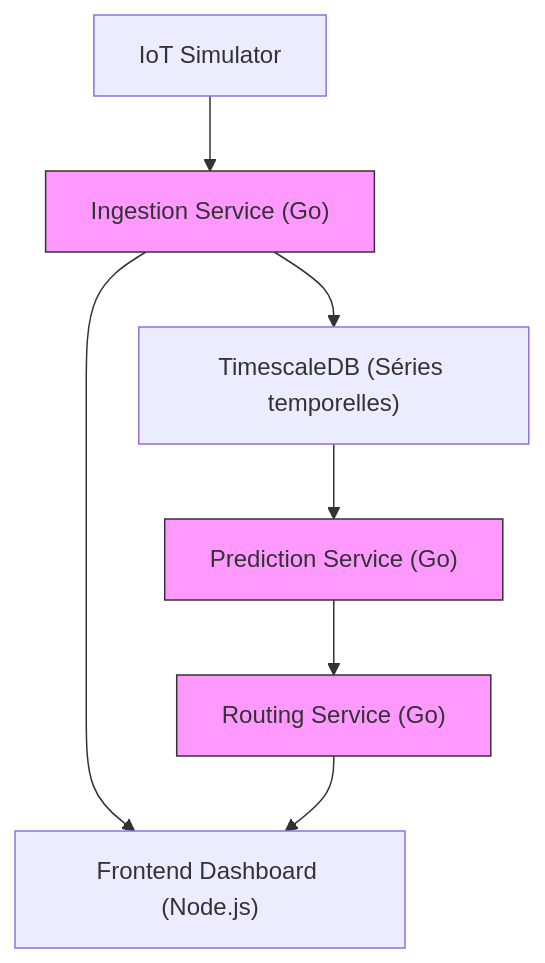
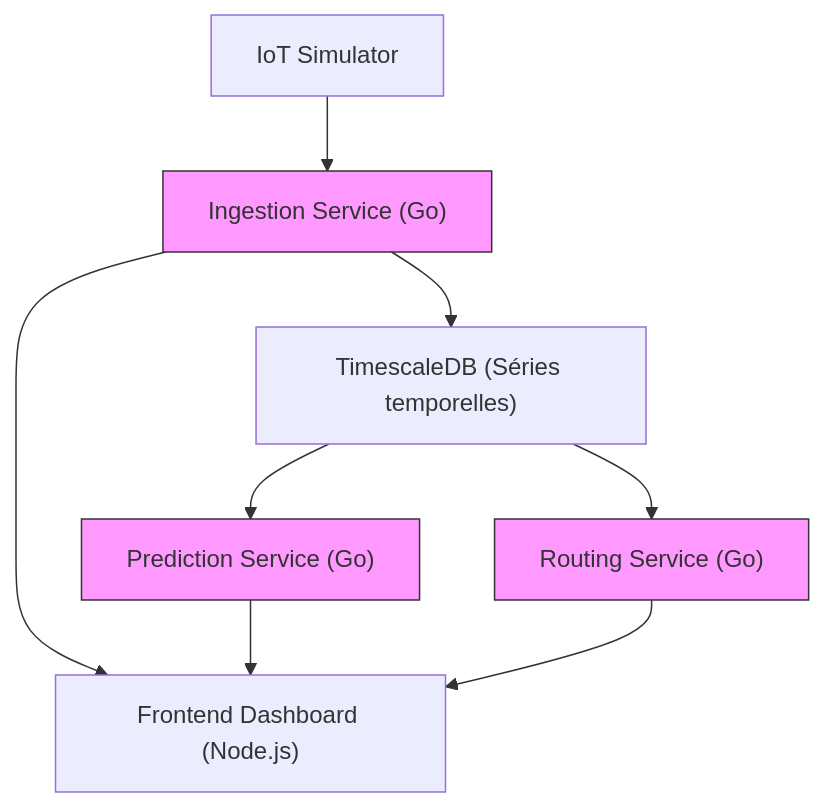
The first of 3 diagrams in docs/architecture.md (Jason-Ecole-IT/City-Flow-Analytics), drawn with Mermaid before and after one commit. The commit also changed other lines of this file and 3 other files, not shown here.

Commit message:
Update documentation for project architecture following project priorities realignement.

`````diff
--- a/docs/architecture.md
+++ b/docs/architecture.md
@@ -24,12 +24,13 @@
 ```mermaid
 flowchart TD
     IoT_Node["IoT Simulator"] --> Ingest["Ingestion Service (Go)"]
     Ingest --> DB_Node["TimescaleDB (Séries temporelles)"]
     Ingest --> Frontend["Frontend Dashboard (Node.js)"]
     DB_Node --> Predict["Prediction Service (Go)"]
-    Predict --> Routing["Routing Service (Go)"]
+    DB_Node --> Routing["Routing Service (Go)"]
+    Predict --> Frontend
     Routing --> Frontend
 
     classDef service fill:#f9f,stroke:#333,stroke-width:1px,color:#333;
     class Ingest,Predict,Routing service;
 ````
`````
